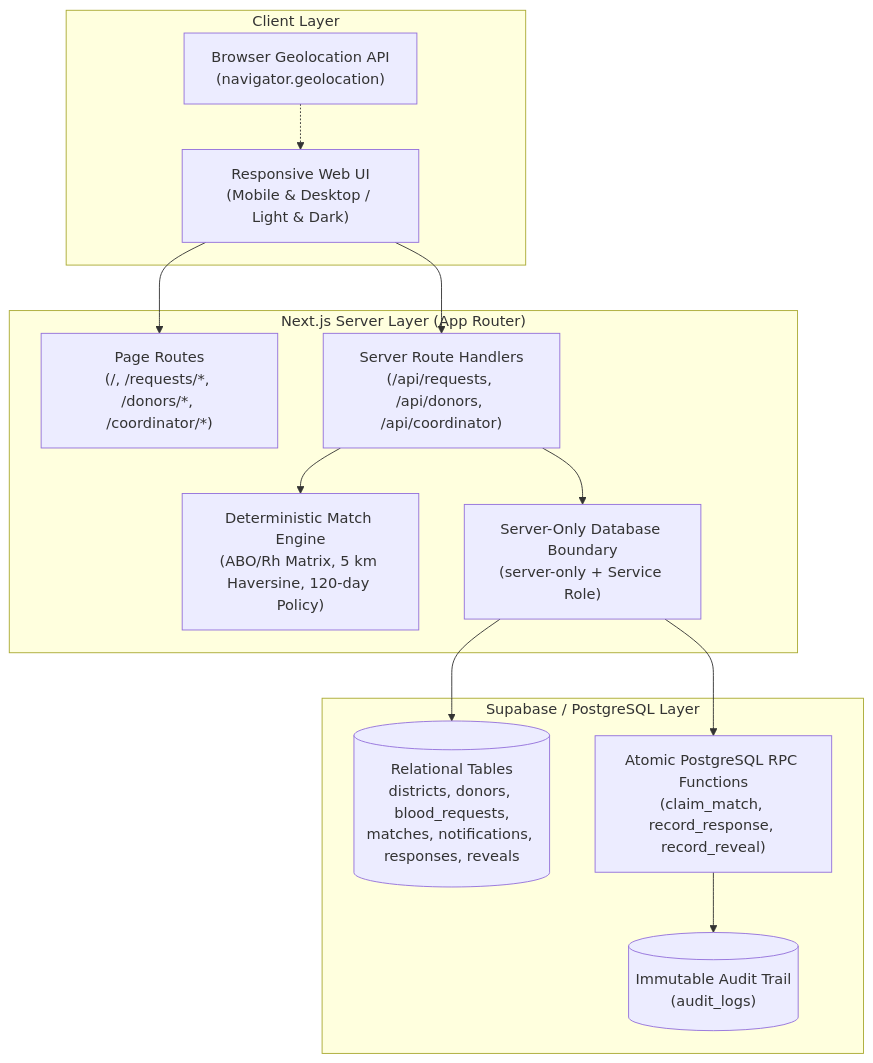
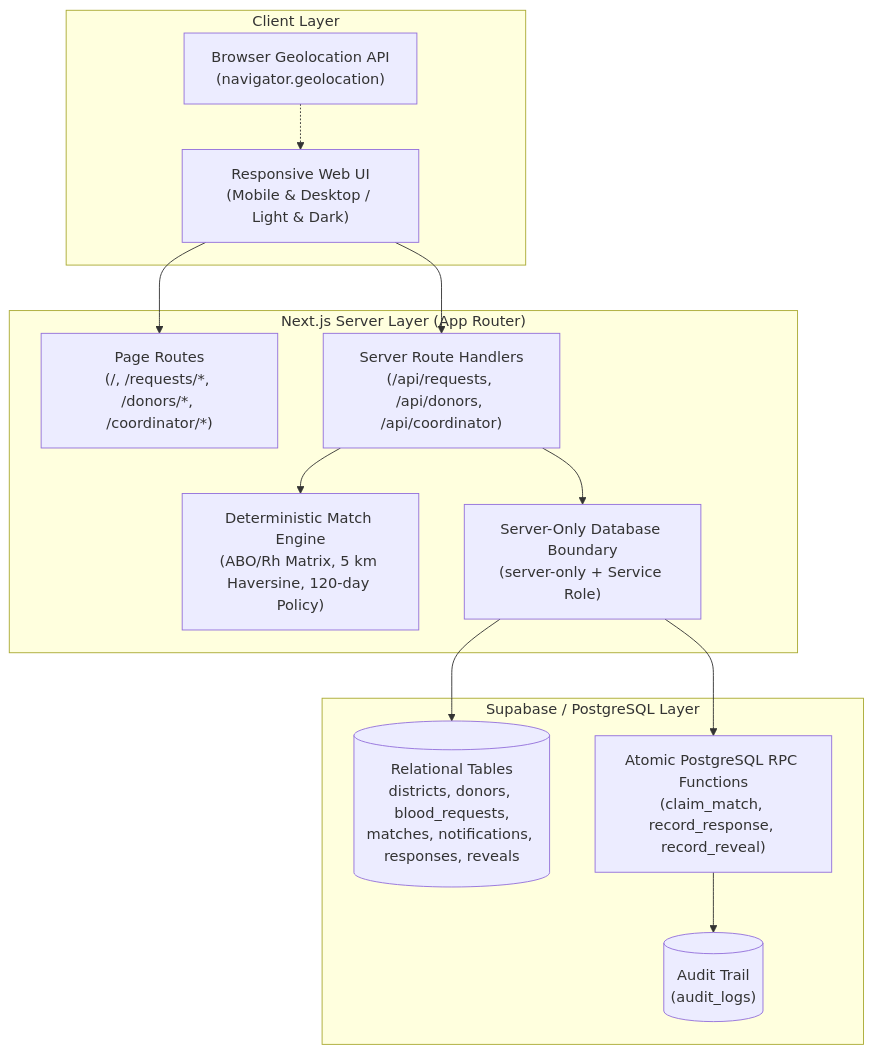
The diagram in README.md (rohanmgeorgeo/hemo-match), drawn with Mermaid before and after one commit. The commit also changed other lines of this file and 2 other files, not shown here.

````diff
--- a/README.md
+++ b/README.md
@@ -127,29 +127,29 @@
 ```mermaid
 flowchart TD
     subgraph Client ["Client Layer"]
         UI["Responsive Web UI<br/>(Mobile & Desktop / Light & Dark)"]
         Geo["Browser Geolocation API<br/>(navigator.geolocation)"]
     end
 
     subgraph NextServer ["Next.js Server Layer (App Router)"]
         AppRoutes["Page Routes<br/>(/, /requests/*, /donors/*, /coordinator/*)"]
         API["Server Route Handlers<br/>(/api/requests, /api/donors, /api/coordinator)"]
         Engine["Deterministic Match Engine<br/>(ABO/Rh Matrix, 5 km Haversine, 120-day Policy)"]
         ServerOnly["Server-Only Database Boundary<br/>(server-only + Service Role)"]
     end
 
     subgraph Database ["Supabase / PostgreSQL Layer"]
         Tables[("Relational Tables<br/>districts, donors, blood_requests,<br/>matches, notifications, responses, reveals")]
         RPC["Atomic PostgreSQL RPC Functions<br/>(claim_match, record_response, record_reveal)"]
-        Audit[("Immutable Audit Trail<br/>(audit_logs)")]
+        Audit[("Audit Trail<br/>(audit_logs)")]
     end
 
     UI --> AppRoutes
     Geo -.-> UI
     UI --> API
     API --> Engine
     API --> ServerOnly
     ServerOnly --> Tables
     ServerOnly --> RPC
     RPC --> Audit
 ```
````
